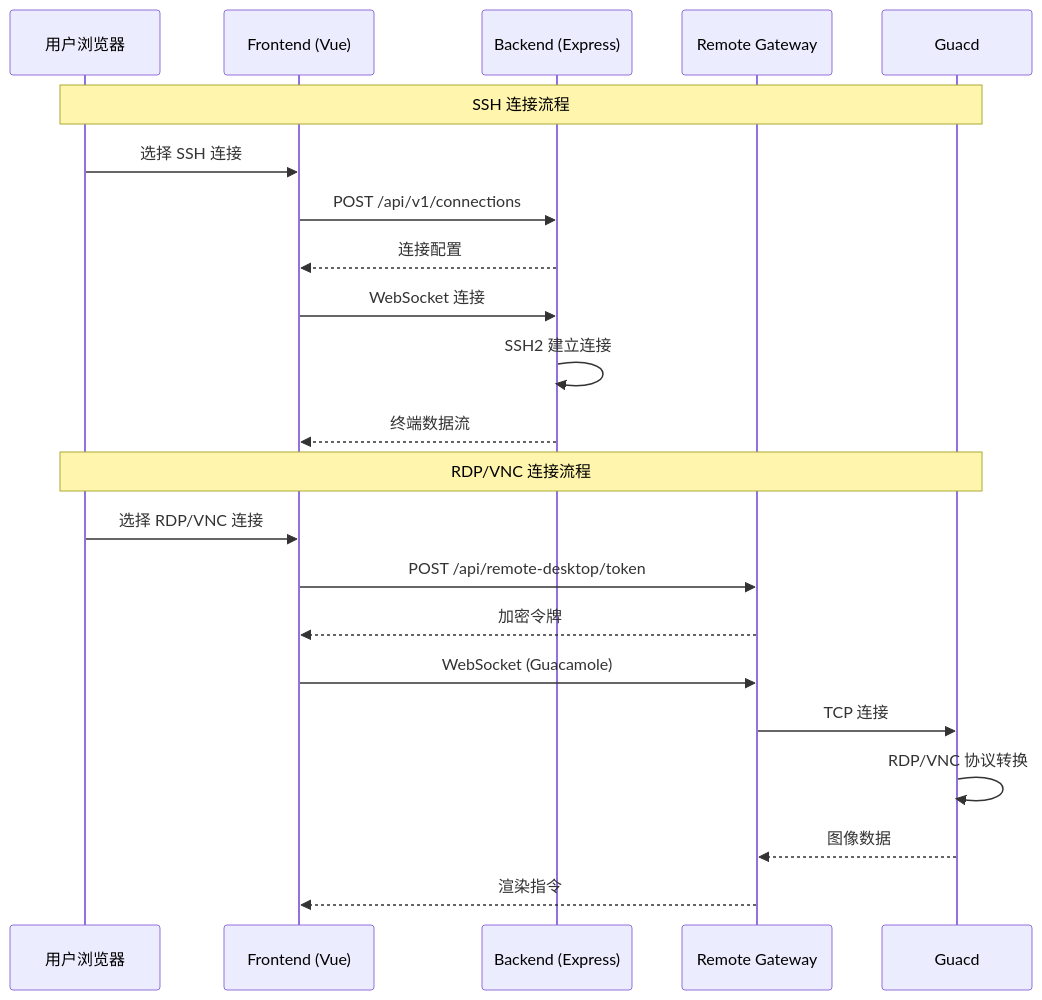
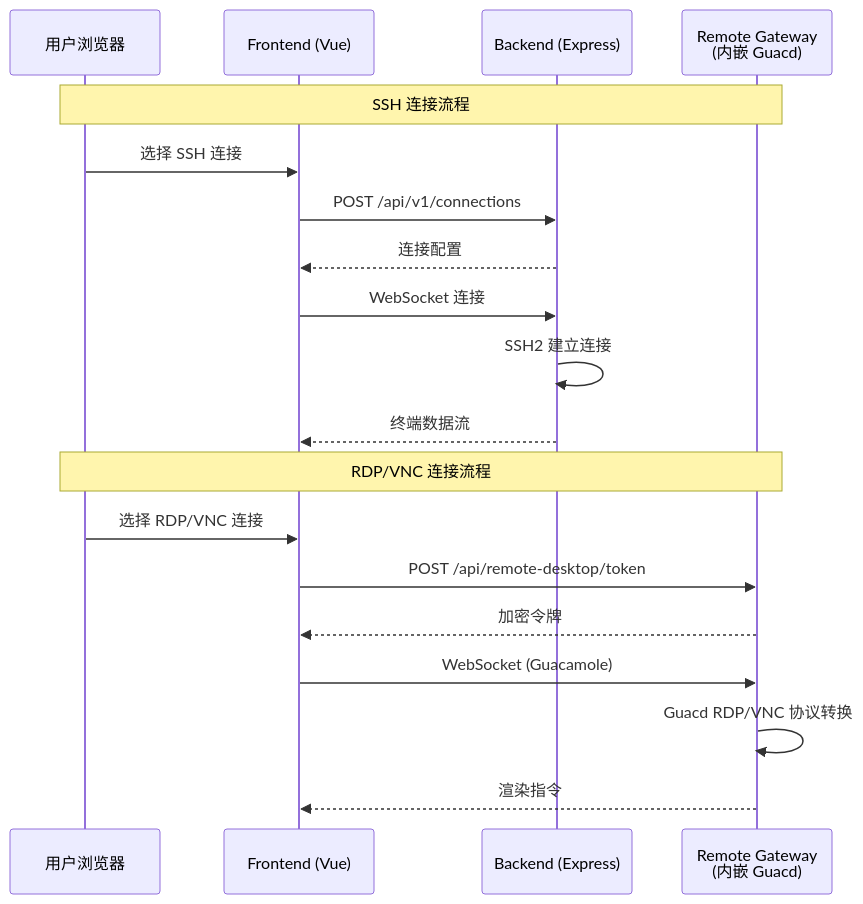
Before and after one commit to 0honus0/nexus-terminal: the second of 2 diagrams in CLAUDE.md, drawn with Mermaid. The commit also changed other lines of this file and 6 other files, not shown here.

````diff
--- a/CLAUDE.md
+++ b/CLAUDE.md
@@ -171,26 +165,23 @@
 ```mermaid
 sequenceDiagram
     participant U as 用户浏览器
     participant F as Frontend (Vue)
     participant B as Backend (Express)
-    participant RG as Remote Gateway
-    participant G as Guacd
+    participant RG as Remote Gateway<br/>(内嵌 Guacd)
 
-    Note over U,G: SSH 连接流程
+    Note over U,RG: SSH 连接流程
     U->>F: 选择 SSH 连接
     F->>B: POST /api/v1/connections
     B-->>F: 连接配置
     F->>B: WebSocket 连接
     B->>B: SSH2 建立连接
     B-->>F: 终端数据流
 
-    Note over U,G: RDP/VNC 连接流程
+    Note over U,RG: RDP/VNC 连接流程
     U->>F: 选择 RDP/VNC 连接
     F->>RG: POST /api/remote-desktop/token
     RG-->>F: 加密令牌
     F->>RG: WebSocket (Guacamole)
-    RG->>G: TCP 连接
-    G->>G: RDP/VNC 协议转换
-    G-->>RG: 图像数据
+    RG->>RG: Guacd RDP/VNC 协议转换
     RG-->>F: 渲染指令
 ```
````
